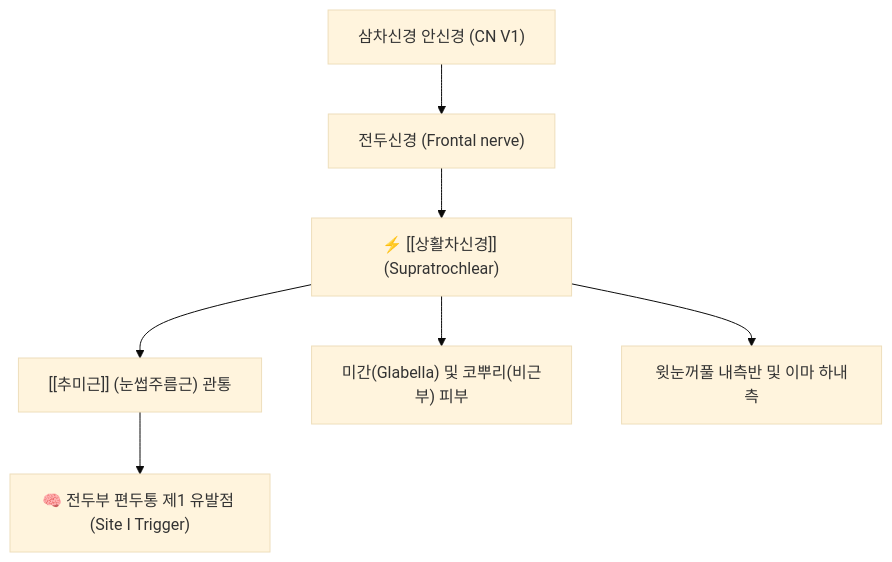
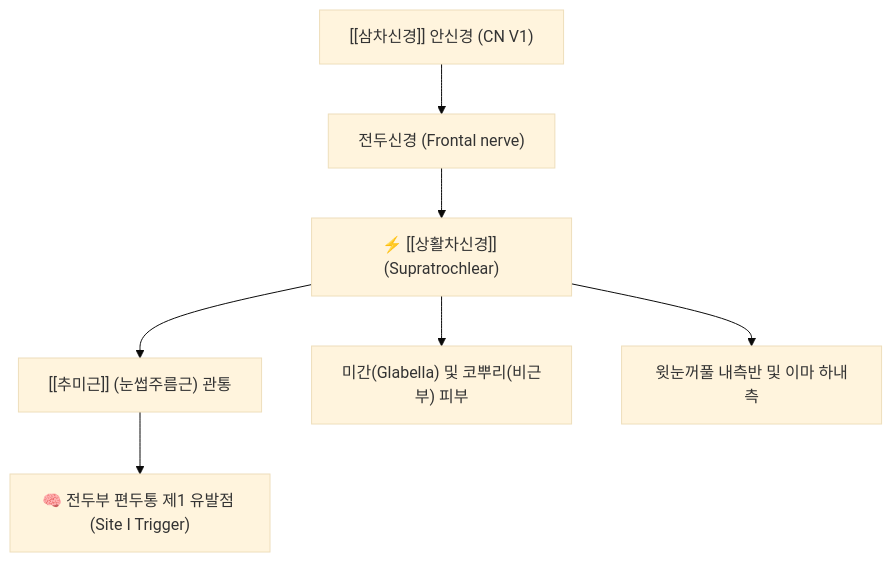
Before and after one commit to simbio11/simbio-digital-garden2: the diagram in content/1. 근골격계 공부/신경/02_삼차신경_분지/상활차신경.md, drawn with Mermaid (base theme). The commit also changed other lines of this file and 73 other files, not shown here.

````diff
--- a/content/1. 근골격계 공부/신경/02_삼차신경_분지/상활차신경.md
+++ b/content/1. 근골격계 공부/신경/02_삼차신경_분지/상활차신경.md
@@ -62,9 +47,9 @@
 ```mermaid
 graph TD
-    V1["삼차신경 안신경 (CN V1)"] --> Frontal["전두신경 (Frontal nerve)"]
+    V1["[[삼차신경]] 안신경 (CN V1)"] --> Frontal["전두신경 (Frontal nerve)"]
     Frontal --> STN["⚡ [[상활차신경]] (Supratrochlear)"]
     STN --> Corrugator["[[추미근]] (눈썹주름근) 관통"]
     STN --> Sensory1["미간(Glabella) 및 코뿌리(비근부) 피부"]
     STN --> Sensory2["윗눈꺼풀 내측반 및 이마 하내측"]
     Corrugator --> Migraine["🧠 전두부 편두통 제1 유발점 (Site I Trigger)"]
 ```
````
